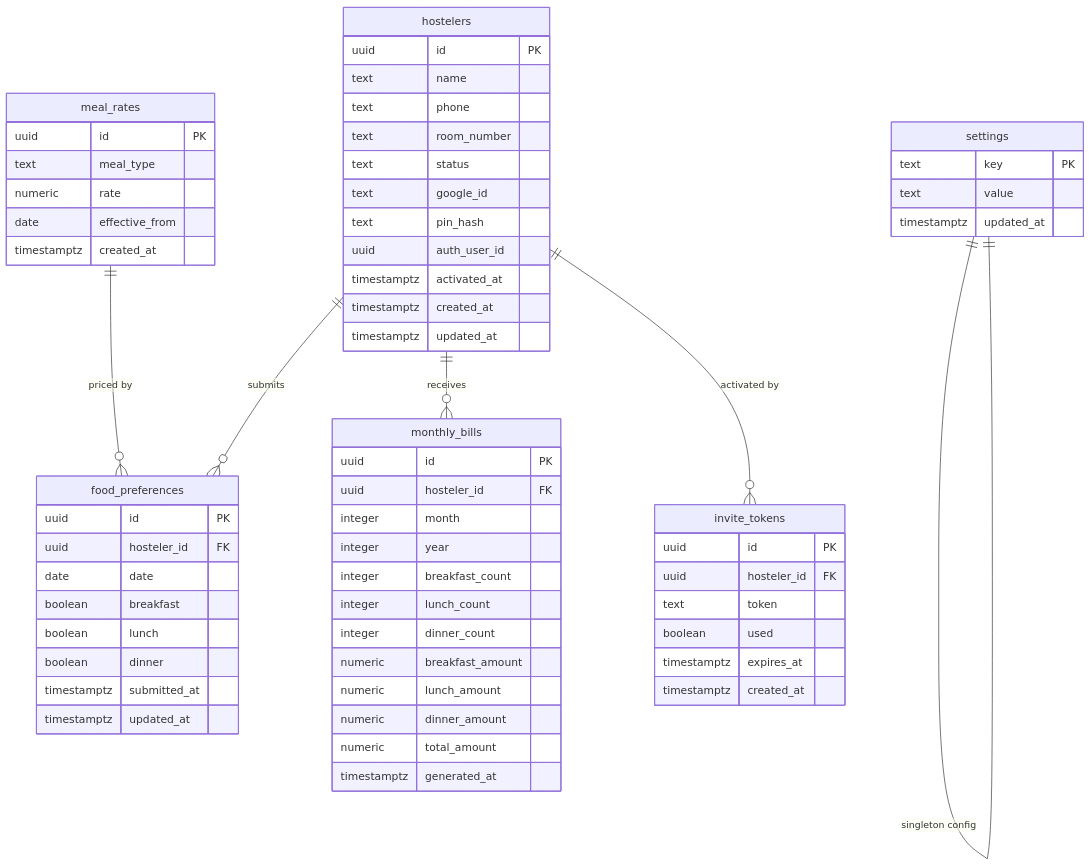
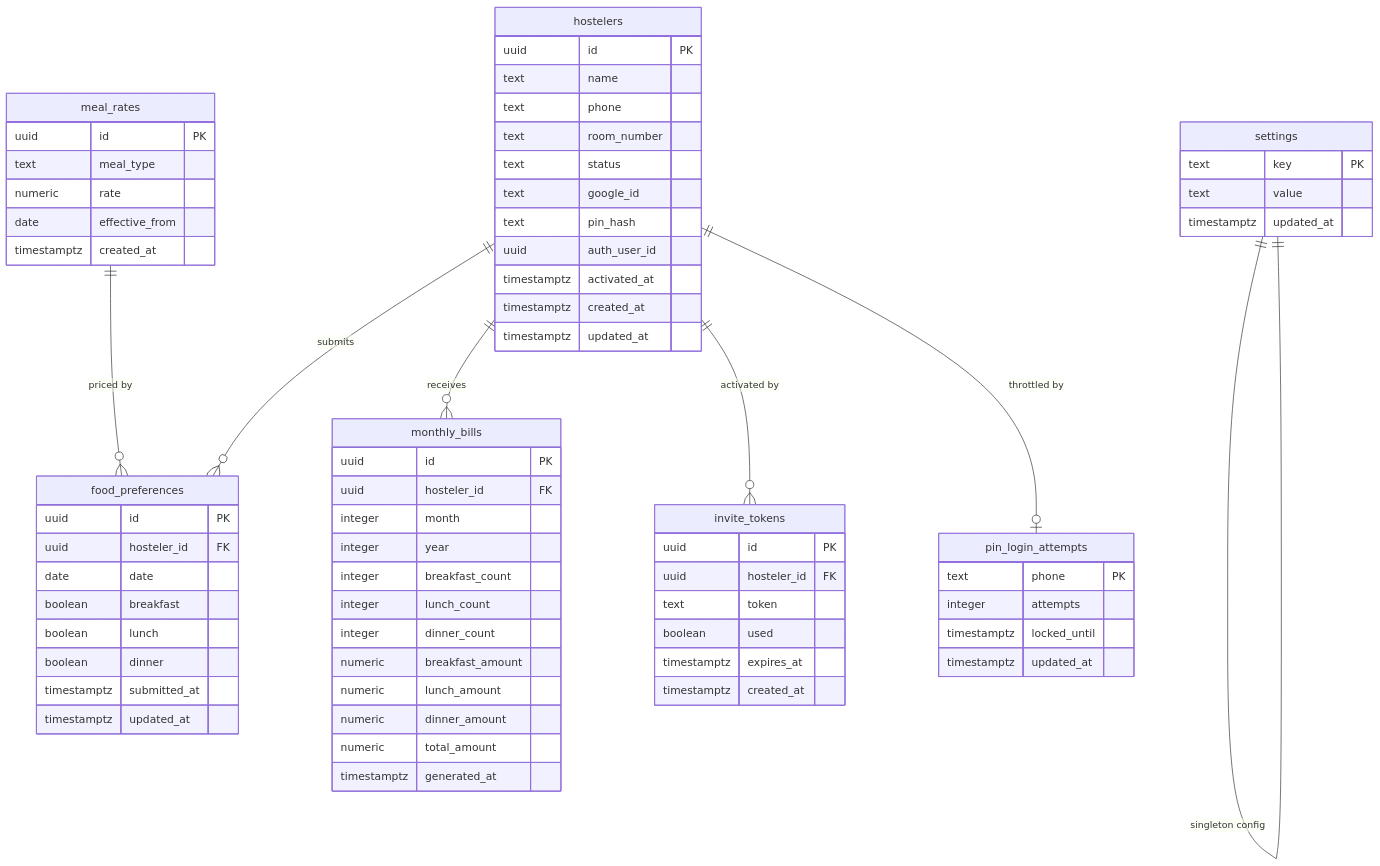
Before and after one commit to sri5737/DCastle: the diagram in specs/001-dcastle-pg-management/data-model.md, drawn with Mermaid. The commit also changed other lines of this file and 24 other files, not shown here.

````diff
--- a/specs/001-dcastle-pg-management/data-model.md
+++ b/specs/001-dcastle-pg-management/data-model.md
@@ -7,71 +7,79 @@
 ```mermaid
 erDiagram
     hostelers ||--o{ food_preferences : submits
     hostelers ||--o{ monthly_bills : receives
     hostelers ||--o{ invite_tokens : "activated by"
+    hostelers ||--o| pin_login_attempts : "throttled by"
     meal_rates ||--o{ food_preferences : "priced by"
     settings ||--|| settings : "singleton config"
 
     hostelers {
         uuid id PK
         text name
         text phone
         text room_number
         text status
         text google_id
         text pin_hash
         uuid auth_user_id
         timestamptz activated_at
         timestamptz created_at
         timestamptz updated_at
     }
 
     invite_tokens {
         uuid id PK
         uuid hosteler_id FK
         text token
         boolean used
         timestamptz expires_at
         timestamptz created_at
     }
 
     food_preferences {
         uuid id PK
         uuid hosteler_id FK
         date date
         boolean breakfast
         boolean lunch
         boolean dinner
         timestamptz submitted_at
         timestamptz updated_at
     }
 
     meal_rates {
         uuid id PK
         text meal_type
         numeric rate
         date effective_from
         timestamptz created_at
     }
 
     monthly_bills {
         uuid id PK
         uuid hosteler_id FK
         integer month
         integer year
         integer breakfast_count
         integer lunch_count
         integer dinner_count
         numeric breakfast_amount
         numeric lunch_amount
         numeric dinner_amount
         numeric total_amount
         timestamptz generated_at
     }
 
+    pin_login_attempts {
+        text phone PK
+        integer attempts
+        timestamptz locked_until
+        timestamptz updated_at
+    }
+
     settings {
         text key PK
         text value
         timestamptz updated_at
     }
 ```
````
